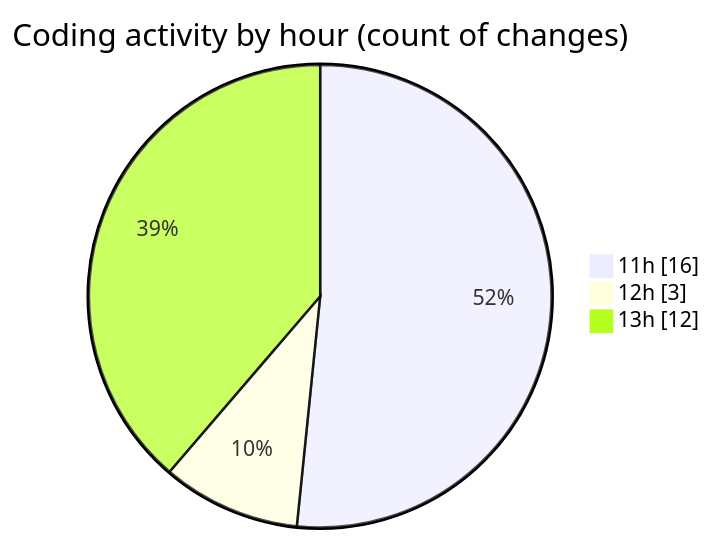
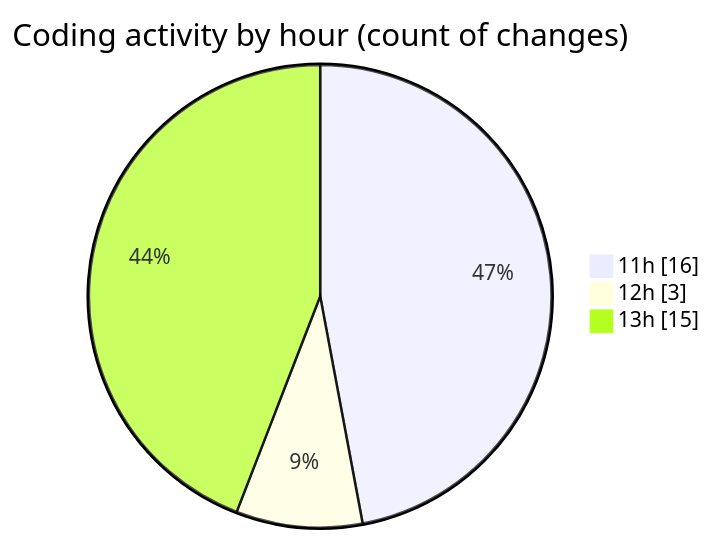
One commit to nxtqubesakshisongat/code-tracking changed the second of 2 diagrams in 2026-03-31/nxtqube_webapp/README.md. Above: the diagram before and after it, drawn with Mermaid. The commit also changed other lines of this file and 1 other file, not shown here.

````diff
--- a/2026-03-31/nxtqube_webapp/README.md
+++ b/2026-03-31/nxtqube_webapp/README.md
@@ -32,7 +32,7 @@
 ```mermaid
 pie showData
 title Coding activity by hour (count of changes)
 "11h" : 16
 "12h" : 3
-"13h" : 12
+"13h" : 15
 ```
````
